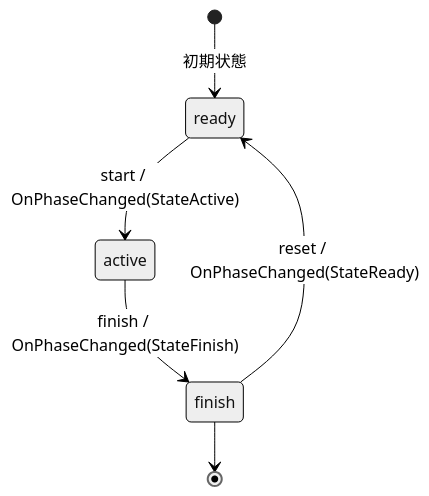
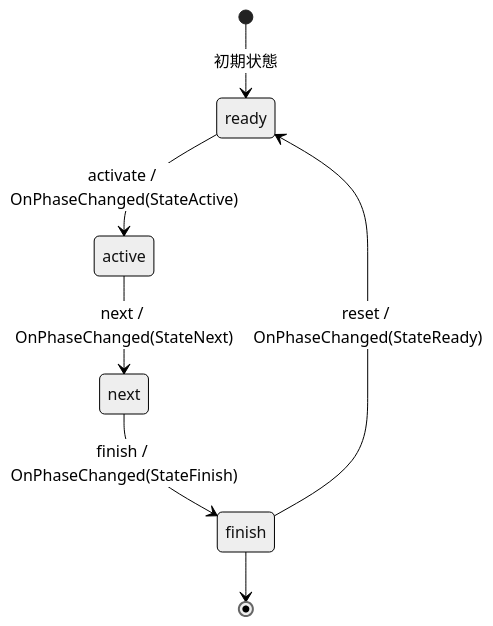
Before and after one commit to mormorbump/FsmStateMachineSample: diagram 12 of 18 in docs/README.md, drawn with Mermaid (neutral theme). The commit also changed other lines of this file and 5 other files, not shown here.

````diff
--- a/docs/README.md
+++ b/docs/README.md
@@ -415,8 +669,9 @@
 ```mermaid
 stateDiagram-v2
     [*] --> ready: 初期状態
-    ready --> active: start / OnPhaseChanged(StateActive)
-    active --> finish: finish / OnPhaseChanged(StateFinish)
+    ready --> active: activate / OnPhaseChanged(StateActive)
+    active --> next: next / OnPhaseChanged(StateNext)
+    next --> finish: finish / OnPhaseChanged(StateFinish)
     finish --> ready: reset / OnPhaseChanged(StateReady)
     finish --> [*]
 ```
````
